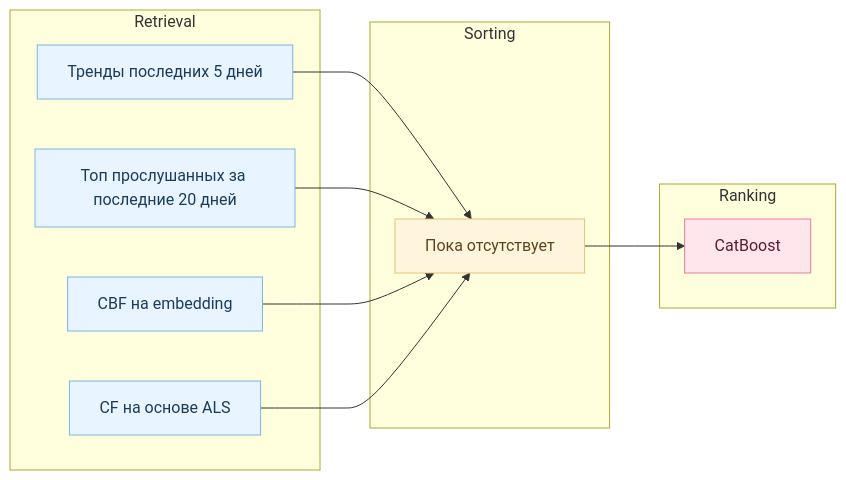
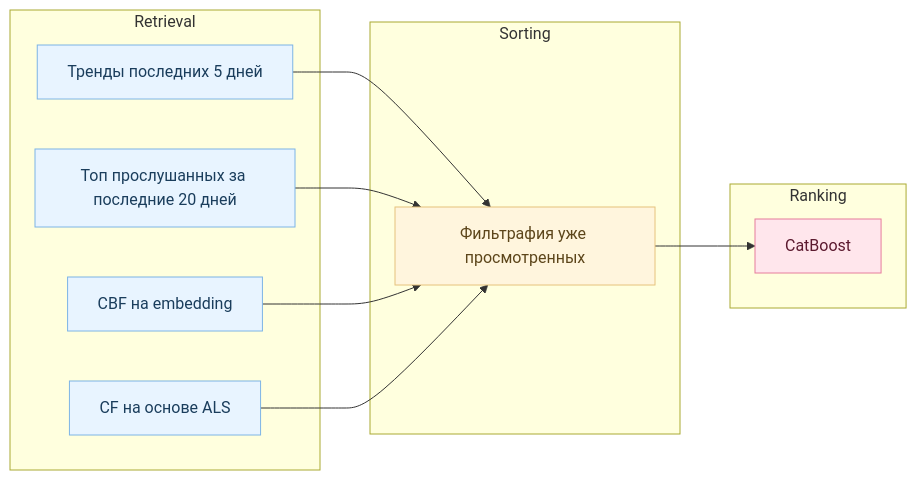
The diagram in README.md (Nastasy822/music-recommendation-experiments), drawn with Mermaid before and after one commit. The commit also changed 4 other files, not shown here.

````diff
--- a/README.md
+++ b/README.md
@@ -151,36 +151,36 @@
 ```mermaid
 flowchart LR
 
     %% === Блоки пайплайна ===
     subgraph RETRIEVAL ["Retrieval"]
         PopAll["Тренды последних 5 дней"]
         PopUser["Топ прослушанных за последние 20 дней"]
         SIM["CBF на embedding"]
         ALS["CF на основе ALS"]
     end
 
     subgraph SORTING ["Sorting"]
-        FILTER["Пока отсутствует"]
+        FILTER["Фильтрафия уже просмотренных"]
     end
 
     subgraph RANKING ["Ranking"]
         RANK["CatBoost"]
     end
 
     %% === Потоки данных ===
     PopAll --> FILTER
     PopUser --> FILTER
     SIM --> FILTER
     ALS --> FILTER
 
     FILTER --> RANK
 
     %% === Цветовые стили (Пастельные узлы, фон subgraph по умолчанию — белый) ===
     classDef retrieval fill:#e8f4ff,stroke:#7db4e6,color:#1a3d5c;
     classDef sorting fill:#fff5dd,stroke:#e6c27d,color:#5c451a;
     classDef ranking fill:#ffe6ec,stroke:#e67d9c,color:#5c1a2f;
 
     class PopAll,PopUser,SIM,ALS retrieval;
     class FILTER sorting;
     class RANK ranking;
 ```
````
